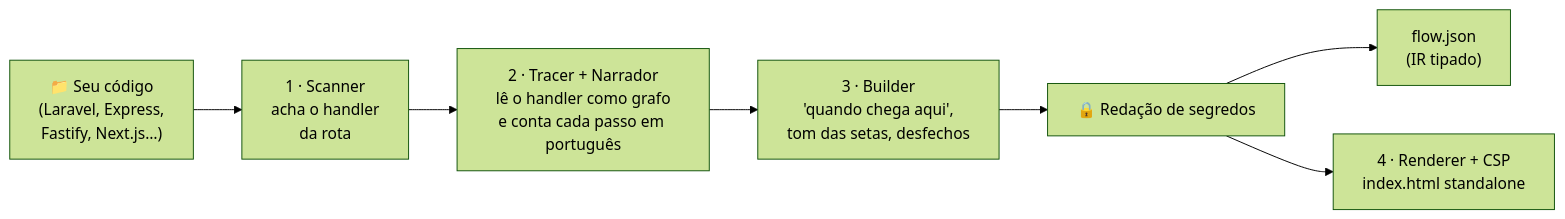
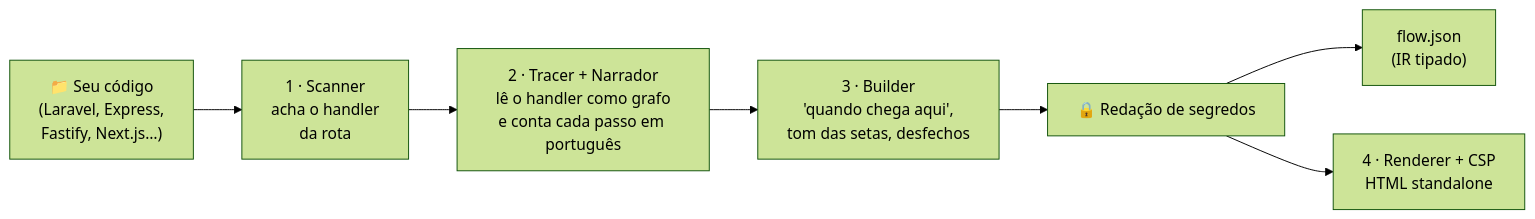
One commit to jadsgithub/flow-view changed the diagram in README.md. Above: the diagram before and after it, drawn with Mermaid (forest theme). The commit also changed other lines of this file and 18 other files, not shown here.

````diff
--- a/README.md
+++ b/README.md
@@ -200,9 +203,9 @@
 ```mermaid
 flowchart LR
   A["📁 Seu código<br/>(Laravel, Express,<br/>Fastify, Next.js…)"] --> B["1 · Scanner<br/>acha o handler<br/>da rota"]
   B --> C["2 · Tracer + Narrador<br/>lê o handler como grafo<br/>e conta cada passo em português"]
   C --> D["3 · Builder<br/>'quando chega aqui',<br/>tom das setas, desfechos"]
   D --> E["🔒 Redação de segredos"]
   E --> F["flow.json<br/>(IR tipado)"]
-  E --> G["4 · Renderer + CSP<br/>index.html standalone"]
+  E --> G["4 · Renderer + CSP<br/>HTML standalone"]
 ```
````
